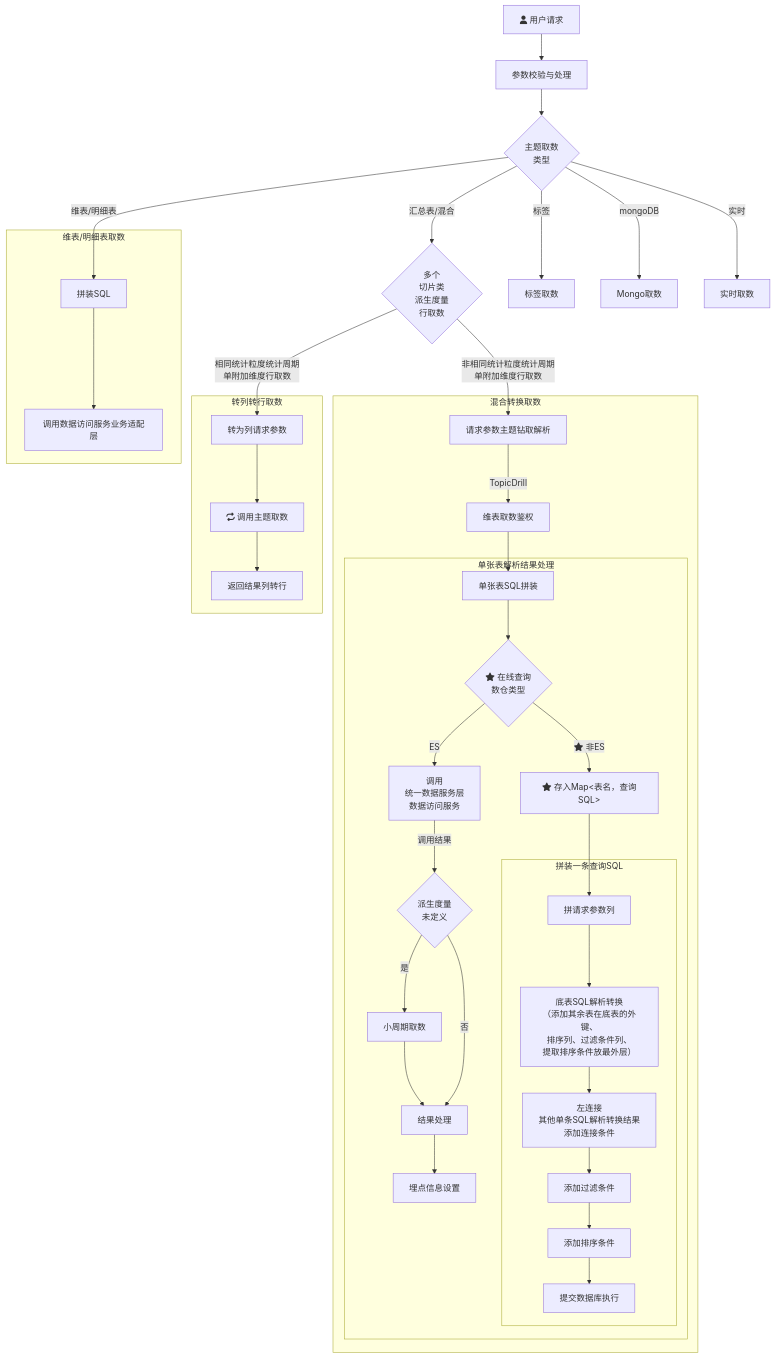
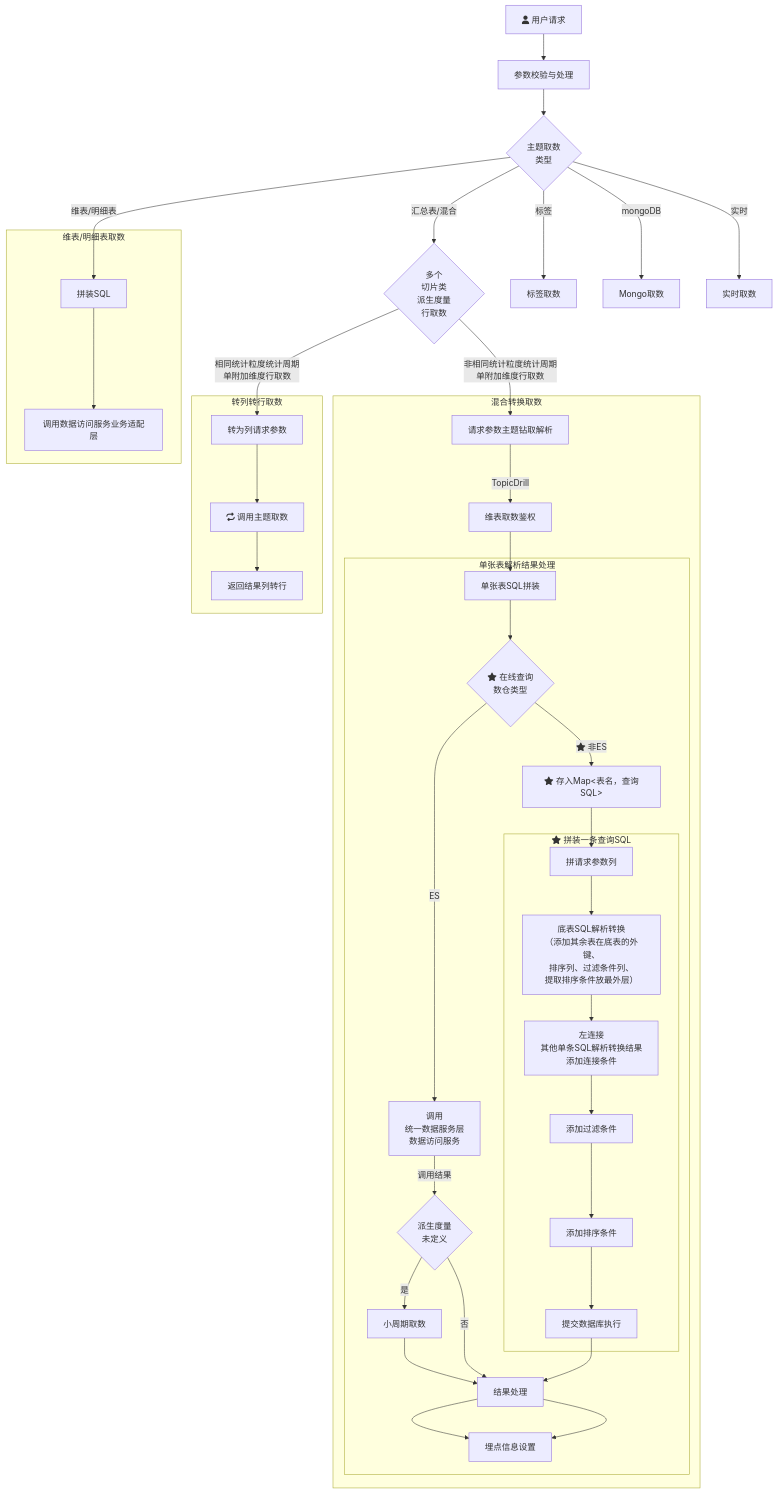
The diagram in all/未命名.md (yanglosm/iodraw-files), drawn with Mermaid before and after one commit.

Commit message:
2024-11-29 19:44:49 update

````diff
--- a/all/未命名.md
+++ b/all/未命名.md
@@ -1,31 +1,31 @@
 ```mermaid
 flowchart TD
     A[fa:fa-user 用户请求] -->A1[参数校验与处理] --> B{主题取数\n类型}
     B -->|维表/明细表| D[拼装SQL]
     B -->|汇总表/混合| E{多个\n切片类\n派生度量\n行取数}
     B -->|标签| F[标签取数]
     B -->|mongoDB| G[Mongo取数]
     B -->|实时| H[实时取数]
     E -->|相同统计粒度统计周期\n单附加维度行取数| E1[转为列请求参数]
     E -->|非相同统计粒度统计周期\n单附加维度行取数| T1[请求参数主题钻取解析]
     subgraph 维表/明细表取数
     D-->D1[调用数据访问服务业务适配层]
     end
     subgraph 转列转行取数
     E1-->E11[fa:fa-repeat 调用主题取数]-->E12[返回结果列转行]
     end
     subgraph 混合转换取数
     T1-->|TopicDrill| T2[维表取数鉴权] --> T31[单张表SQL拼装]
         subgraph 单张表解析结果处理
         T31 --> T4{fa:fa-star 在线查询\n数仓类型}-->|ES|T32[调用\n统一数据服务层\n数据访问服务] --> |调用结果|T33{派生度量\n未定义}
         T33 --> |是|T33_1[小周期取数]-->T34[结果处理]-->T35[埋点信息设置]
         T33 --> |否|T34
         T4 --> |fa:fa-star 非ES|T41["fa:fa-star 存入Map<表名，查询SQL>"]
         T41 --> T42[拼请求参数列]
-            subgraph 拼装一条查询SQL
+            subgraph fa:fa-star 拼装一条查询SQL
             T42 --> M1["底表SQL解析转换\n（添加其余表在底表的外键、\n排序列、过滤条件列、\n提取排序条件放最外层）"] --> M2[左连接\n其他单条SQL解析转换结果\n添加连接条件] --> M3[添加过滤条件] --> M4[添加排序条件] --> M5[提交数据库执行]
             end
-            M5
+            M5 --> T34 --> T35
         end
     end
 ```
````
